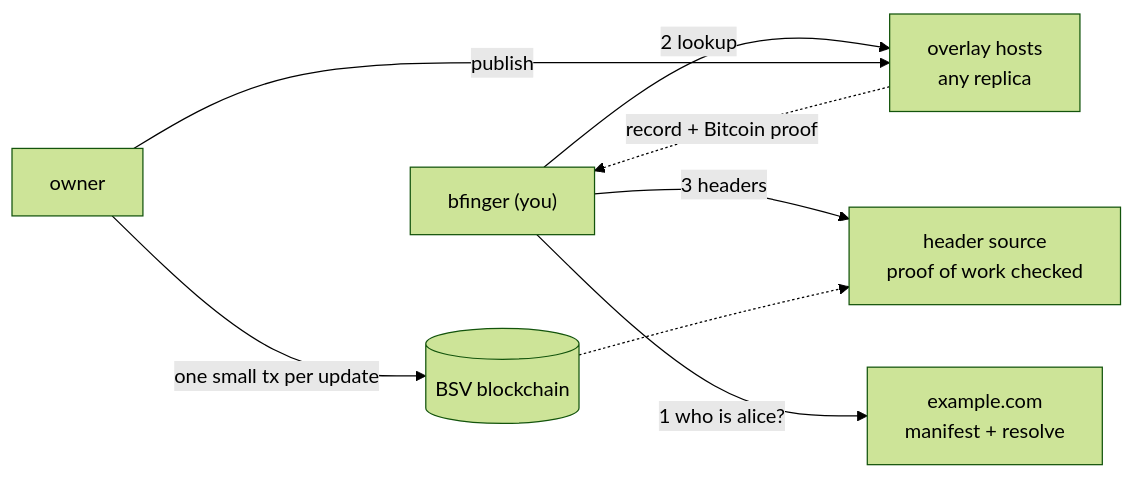
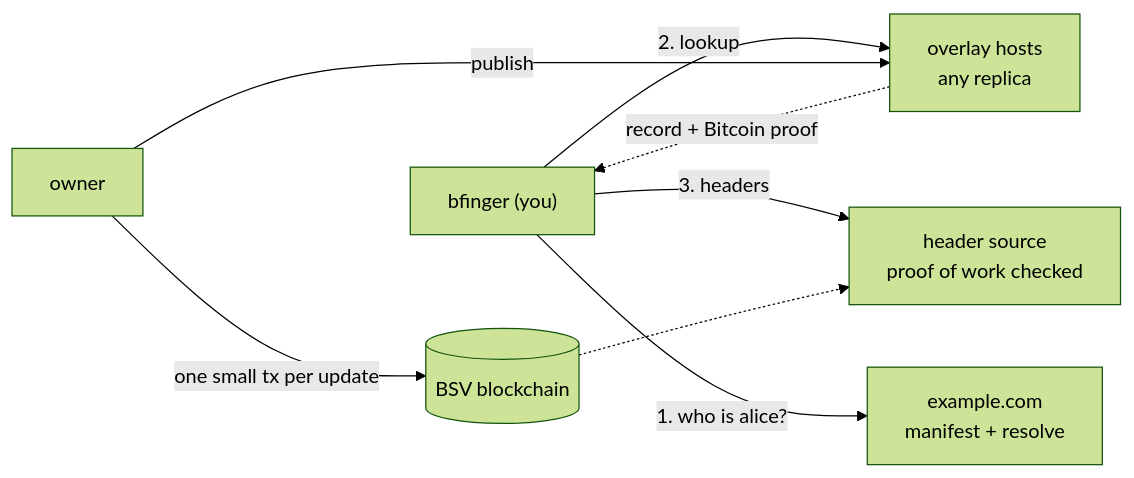
The diagram in README.md (lightwebinc/bfinger), drawn with Mermaid (forest theme) before and after one commit. The commit also changed other lines of this file and 16 other files, not shown here.

Commit message:
[Fix] public release prep: docs, BRC-180, diagrams

````diff
--- a/README.md
+++ b/README.md
@@ -26,10 +26,10 @@
 ```mermaid
 flowchart LR
-  R["bfinger (you)"] -->|1 who is alice?| D["example.com<br/>manifest + resolve"]
-  R -->|2 lookup| H["overlay hosts<br/>any replica"]
-  R -->|3 headers| S["header source<br/>proof of work checked"]
+  R["bfinger (you)"] -->|"1. who is alice?"| D["example.com<br/>manifest + resolve"]
+  R -->|"2. lookup"| H["overlay hosts<br/>any replica"]
+  R -->|"3. headers"| S["header source<br/>proof of work checked"]
   H -. record + Bitcoin proof .-> R
   O["owner"] -->|publish| H
   O -->|one small tx per update| B[("BSV blockchain")]
   B -.-> S
 ```
````
